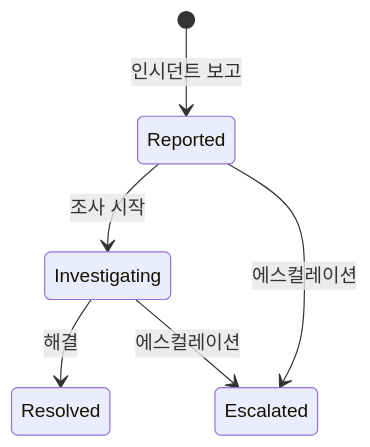
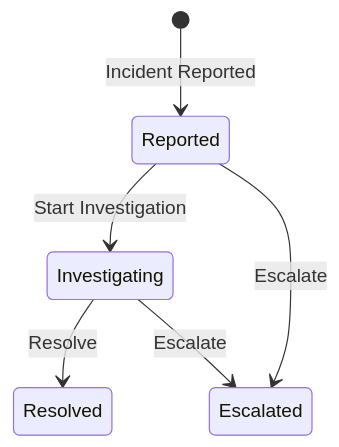
The second of 4 diagrams in Docs.Site/src/content/docs/samples/ai-model-governance/domain/00-business-requirements.md (hhko/Functorium), drawn with Mermaid before and after one commit. The commit also changed other lines of this file and 31 other files, not shown here.

````diff
--- a/Docs.Site/src/content/docs/samples/ai-model-governance/domain/00-business-requirements.md
+++ b/Docs.Site/src/content/docs/samples/ai-model-governance/domain/00-business-requirements.md
@@ -124,8 +124,8 @@
 ```mermaid
 stateDiagram-v2
-    [*] --> Reported : 인시던트 보고
-    Reported --> Investigating : 조사 시작
-    Reported --> Escalated : 에스컬레이션
-    Investigating --> Resolved : 해결
-    Investigating --> Escalated : 에스컬레이션
+    [*] --> Reported : Incident Reported
+    Reported --> Investigating : Start Investigation
+    Reported --> Escalated : Escalate
+    Investigating --> Resolved : Resolve
+    Investigating --> Escalated : Escalate
 ```
````
